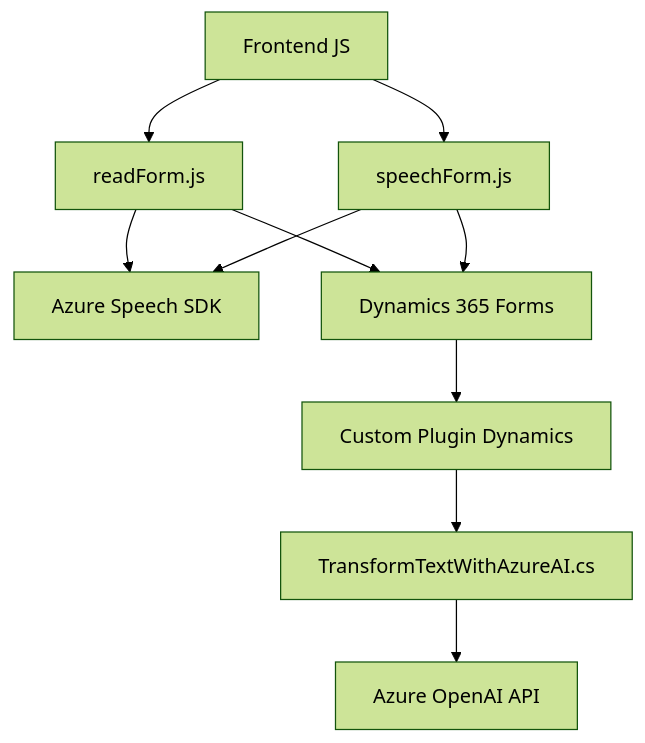
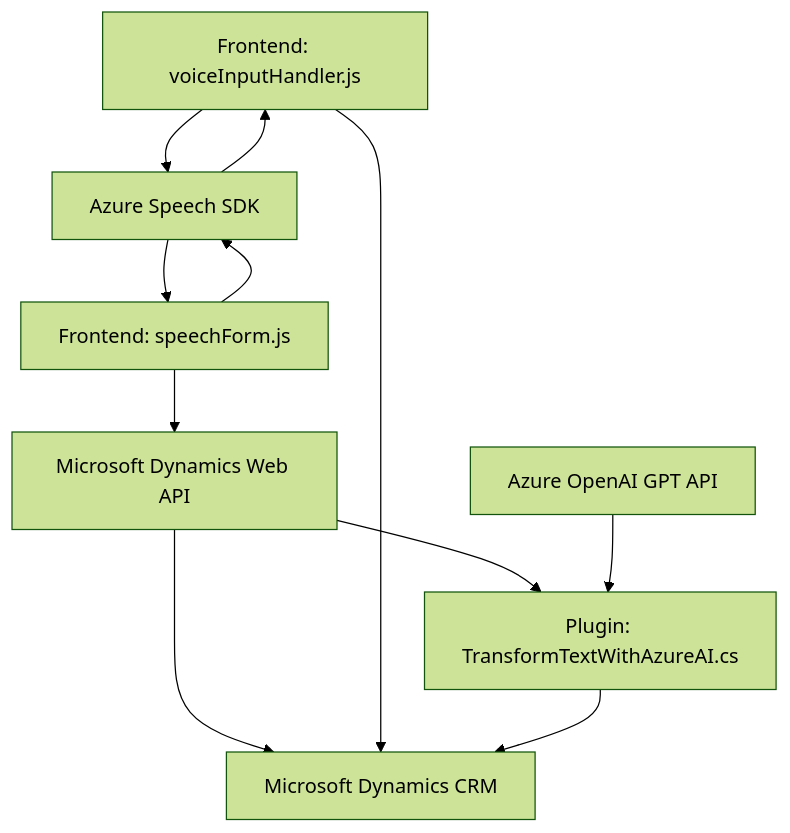
One commit to blopezdm/NETCORE_BILBAO2025 changed the diagram in README.md. Above: the diagram before and after it, drawn with Mermaid (forest theme). The commit also changed other lines of this file, not shown here.

````diff
--- a/README.md
+++ b/README.md
@@ -39,12 +45,21 @@
 ```mermaid
 graph TD
-    A["Frontend JS"] --> B["readForm.js"]
-    A --> C["speechForm.js"]
-    B --> D["Azure Speech SDK"]
+    A["Frontend: voiceInputHandler.js"]
+    B["Frontend: speechForm.js"]
+    C["Plugin: TransformTextWithAzureAI.cs"]
+    D["Microsoft Dynamics CRM"]
+    E["Azure Speech SDK"]
+    F["Azure OpenAI GPT API"]
+    G["Microsoft Dynamics Web API"]
+
+    A --> E
+    E --> A
+    B --> E
+    E --> B
+    B --> G
+    G --> D
+    A --> D
+    G --> C
+    F --> C
     C --> D
-    B --> E["Dynamics 365 Forms"]
-    C --> E
-    E --> F["Custom Plugin Dynamics"]
-    F --> G["TransformTextWithAzureAI.cs"]
-    G --> H["Azure OpenAI API"]
 ```
````
